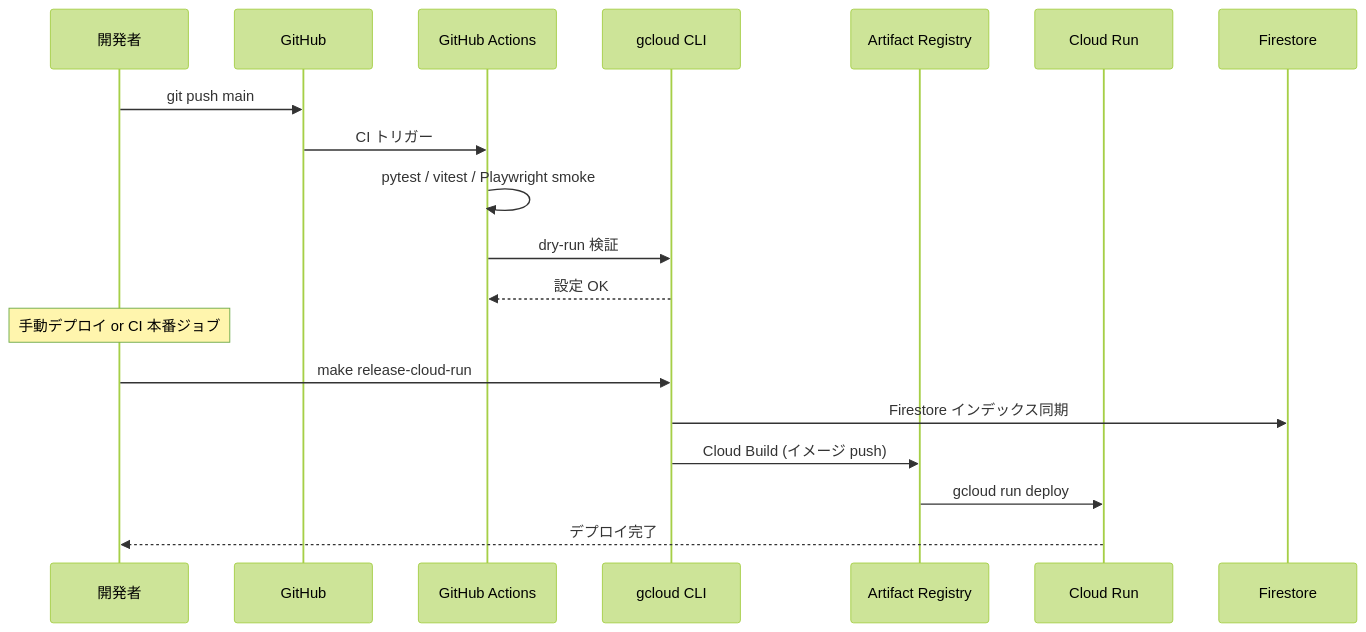
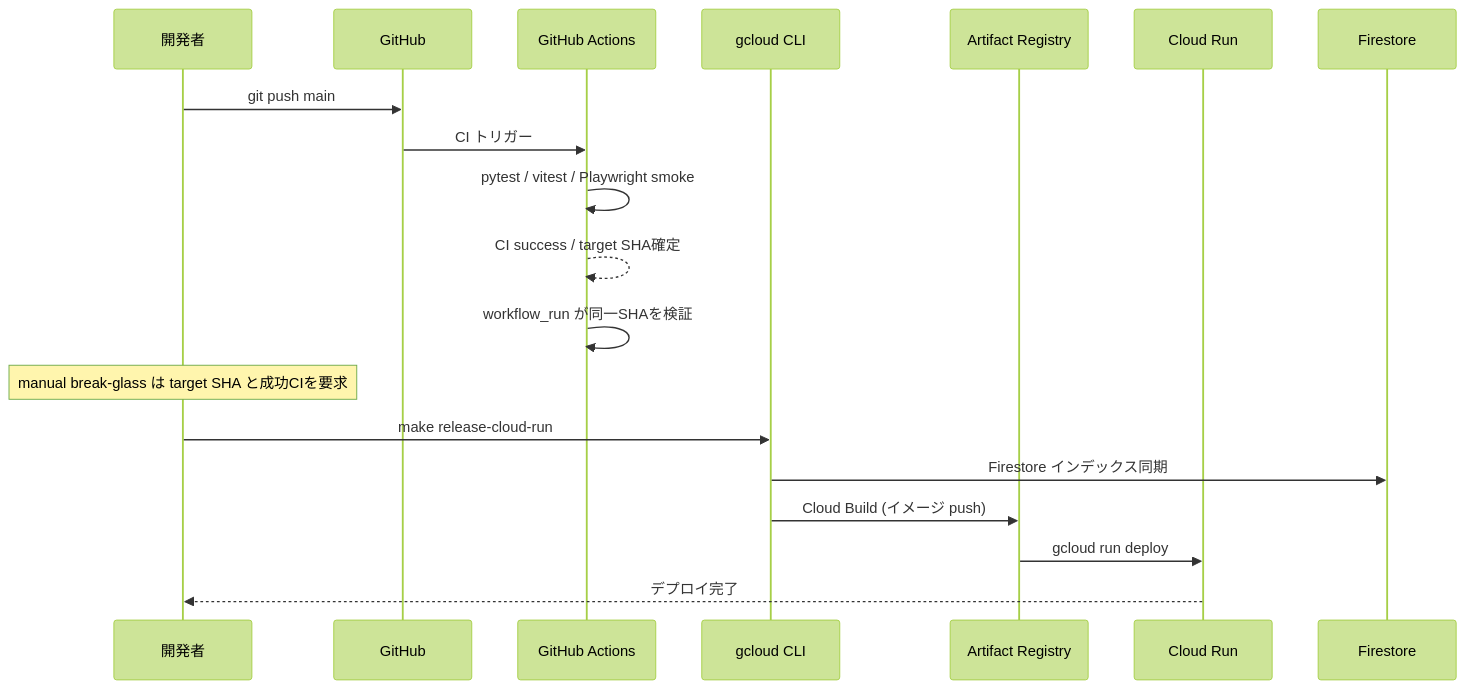
The fourth of 6 diagrams in docs/infrastructure.md (stillshore-chirp/wordpack-for-english), drawn with Mermaid (forest theme) before and after one commit. The commit also changed other lines of this file and 7 other files, not shown here.

````diff
--- a/docs/infrastructure.md
+++ b/docs/infrastructure.md
@@ -204,23 +201,23 @@
 ```mermaid
 sequenceDiagram
     participant Dev as 開発者
     participant GitHub as GitHub
     participant Actions as GitHub Actions
     participant GCloud as gcloud CLI
     participant AR as Artifact Registry
     participant CR as Cloud Run
     participant FS as Firestore
 
     Dev->>GitHub: git push main
     GitHub->>Actions: CI トリガー
     Actions->>Actions: pytest / vitest / Playwright smoke
-    Actions->>GCloud: dry-run 検証
-    GCloud-->>Actions: 設定 OK
+    Actions-->>Actions: CI success / target SHA確定
+    Actions->>Actions: workflow_run が同一SHAを検証
 
-    Note over Dev: 手動デプロイ or CI 本番ジョブ
+    Note over Dev: manual break-glass は target SHA と成功CIを要求
     Dev->>GCloud: make release-cloud-run
     GCloud->>FS: Firestore インデックス同期
     GCloud->>AR: Cloud Build (イメージ push)
     AR->>CR: gcloud run deploy
     CR-->>Dev: デプロイ完了
 ```
````
